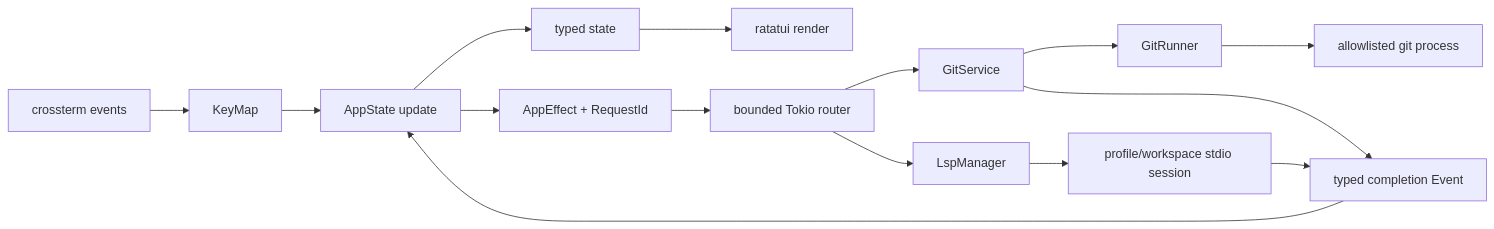
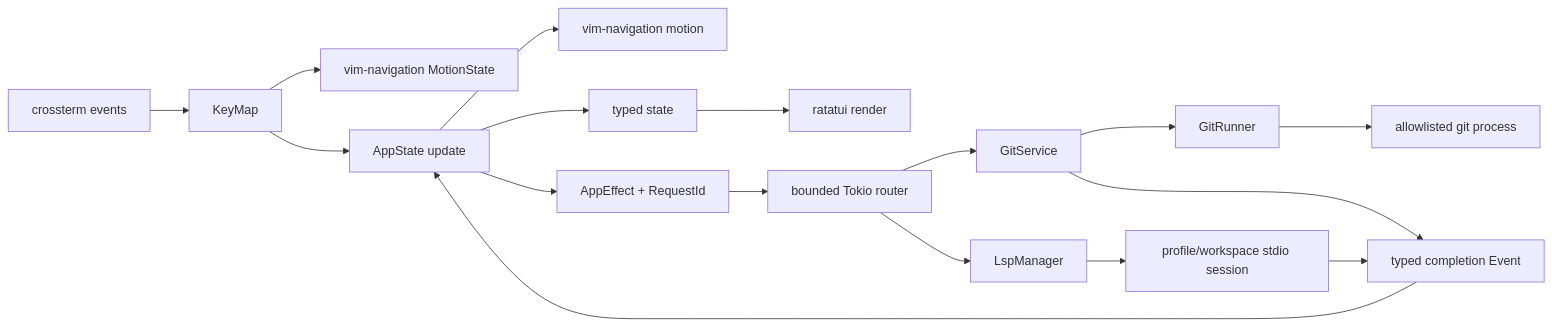
Before and after one commit to karanabe/chronogit: the diagram in docs/src/content/docs/developer/architecture.md, drawn with Mermaid. The commit also changed other lines of this file and 28 other files, not shown here.

First line of the commit message:
navigation: feat extract reusable Vim state crate

````diff
--- a/docs/src/content/docs/developer/architecture.md
+++ b/docs/src/content/docs/developer/architecture.md
@@ -14,17 +14,19 @@
 ```mermaid
 flowchart LR
     Terminal["crossterm events"] --> KeyMap
+    KeyMap --> VimState["vim-navigation MotionState"]
     KeyMap --> Update["AppState update"]
+    Update --> VimMotion["vim-navigation motion"]
     Update --> State["typed state"]
     Update --> Effect["AppEffect + RequestId"]
     Effect --> Executor["bounded Tokio router"]
     Executor --> Service["GitService"]
     Executor --> Manager["LspManager"]
     Manager --> LSP["profile/workspace stdio session"]
     LSP --> Event
     Service --> Runner["GitRunner"]
     Runner --> Git["allowlisted git process"]
     Service --> Event["typed completion Event"]
     Event --> Update
     State --> Render["ratatui render"]
 ```
````
